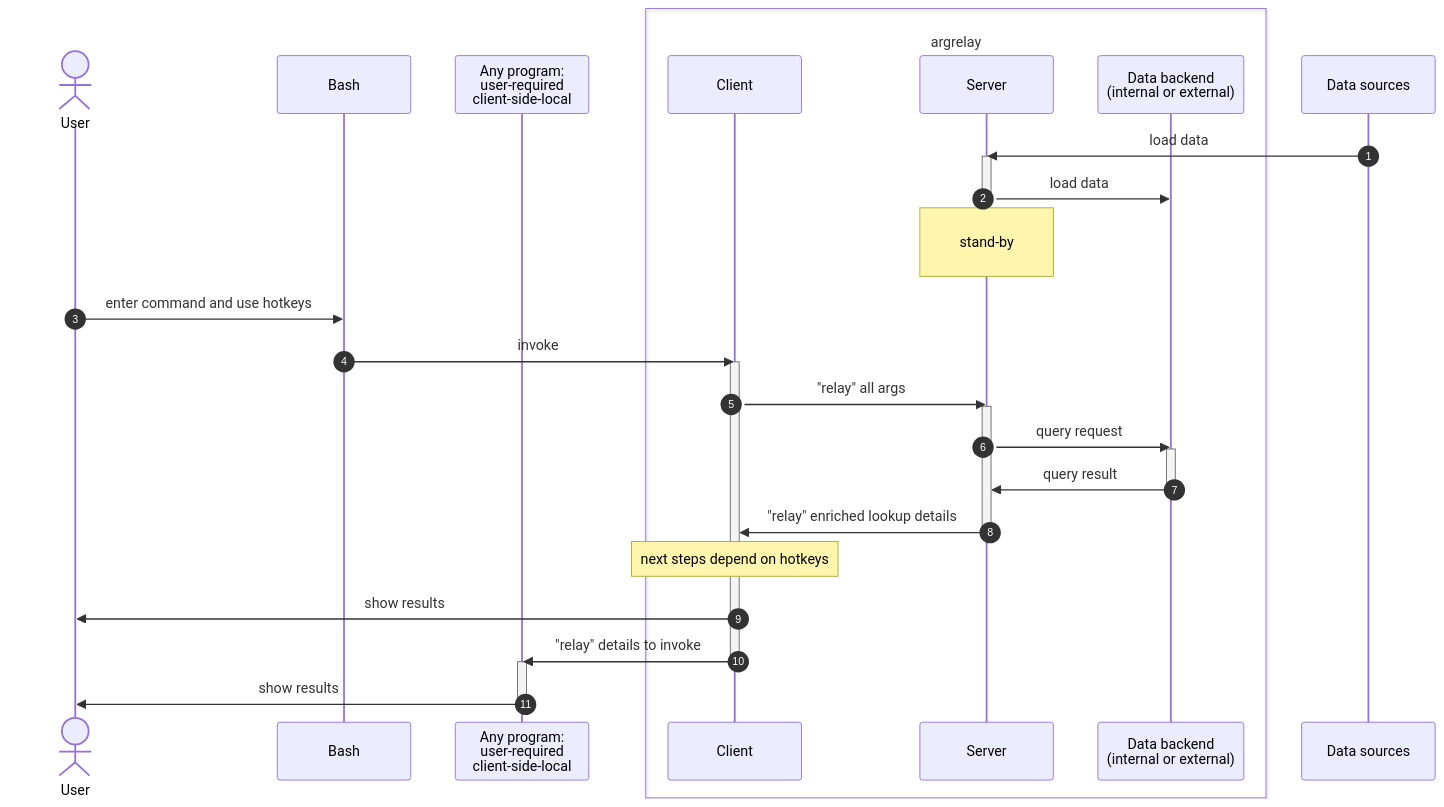
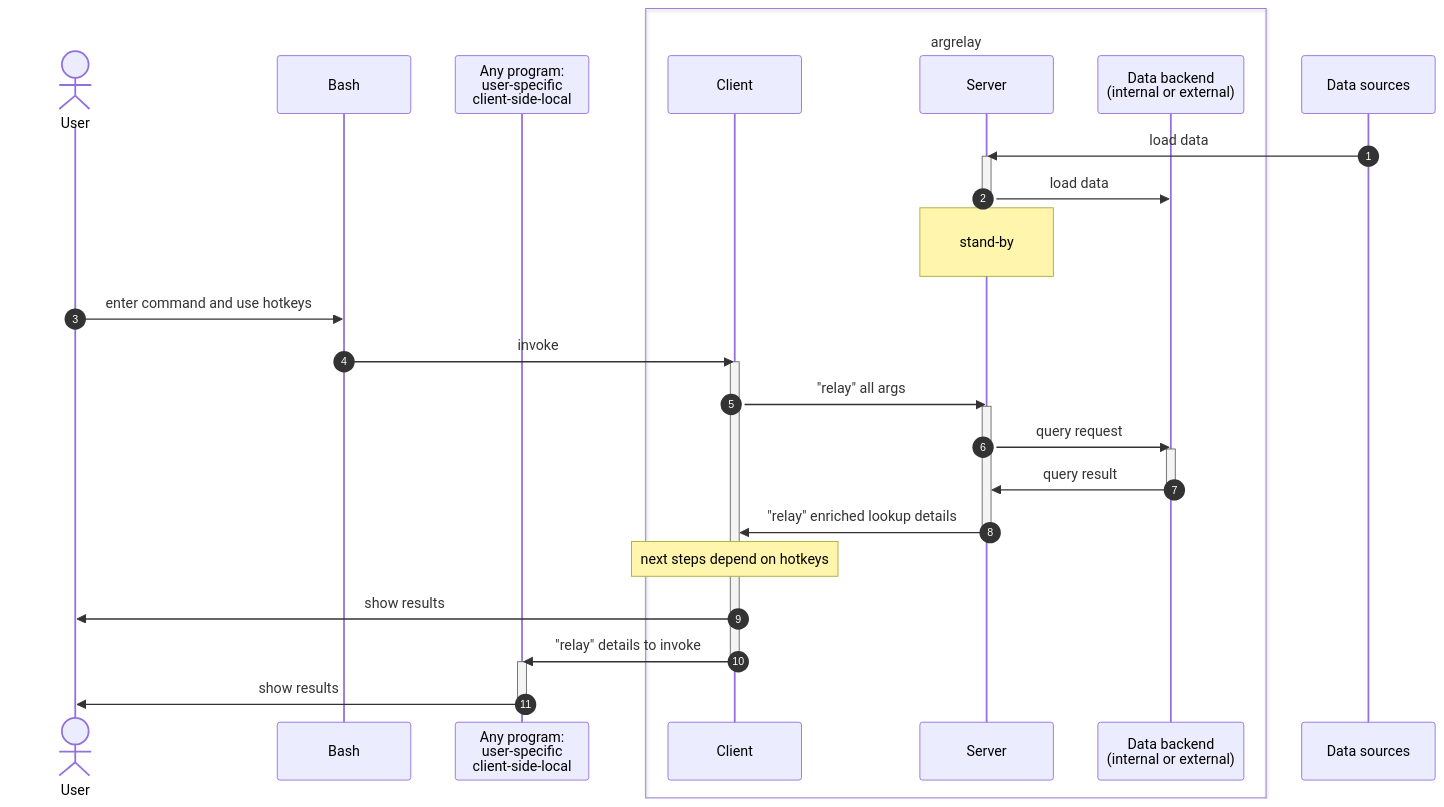
Before and after one commit to argrelay/argrelay: the second of 2 diagrams in readme.md, drawn with Mermaid. The commit also changed other lines of this file and 14 other files, not shown here.

````diff
--- a/readme.md
+++ b/readme.md
@@ -352,36 +400,36 @@
 ```mermaid
 sequenceDiagram
     autonumber
     actor U as <br/>User
     participant B as Bash
-    participant P as Any program:<br/>user-required<br/>client-side-local
+    participant P as Any program:<br/>user-specific<br/>client-side-local
     box transparent <br/>argrelay
     participant C as Client
     participant S as Server
     participant DB as Data backend<br/>(internal or external)
     end
     participant DS as Data sources
     DS ->> S: load data
     activate S
     S ->> DB: load data
     deactivate S
     Note over S: <br/>stand-by<br/>
     U ->> B: enter command and use hotkeys
     B ->> C: invoke
     activate C
     C ->> S: "relay" all args
     activate S
     S ->> DB: query request
     activate DB
     DB ->> S: query result
     deactivate DB
     S ->> C: "relay" enriched lookup details
     deactivate S
     Note over C: next steps depend on hotkeys
     C ->> U: show results
     C ->> P: "relay" details to invoke
     deactivate C
     activate P
     P ->> U: show results
     deactivate P
 ```
````
